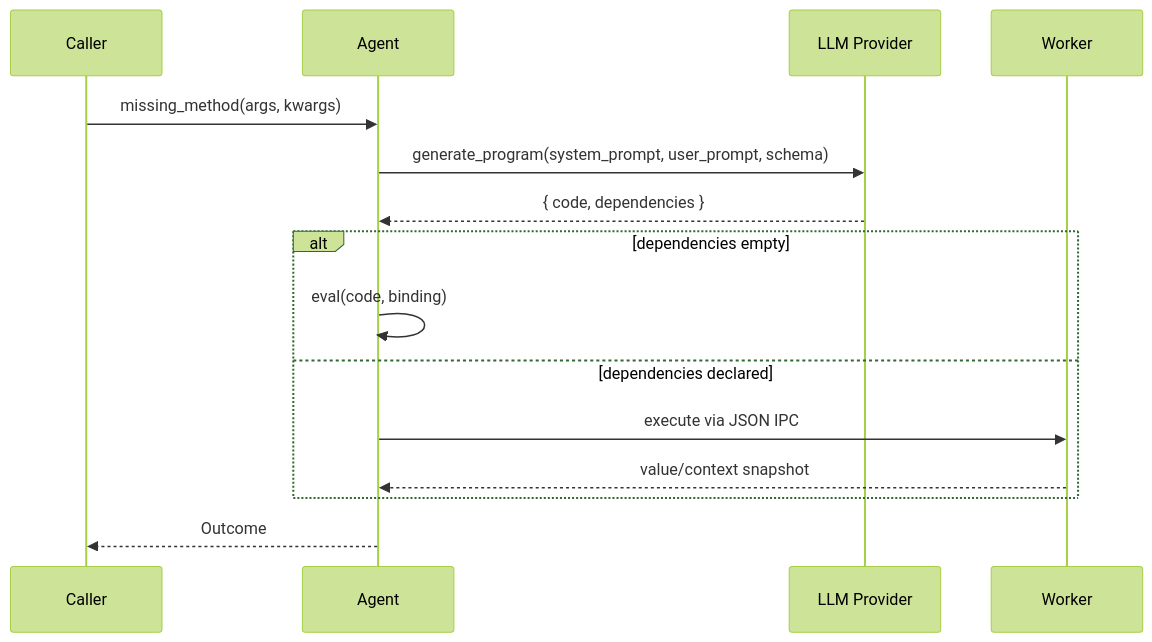
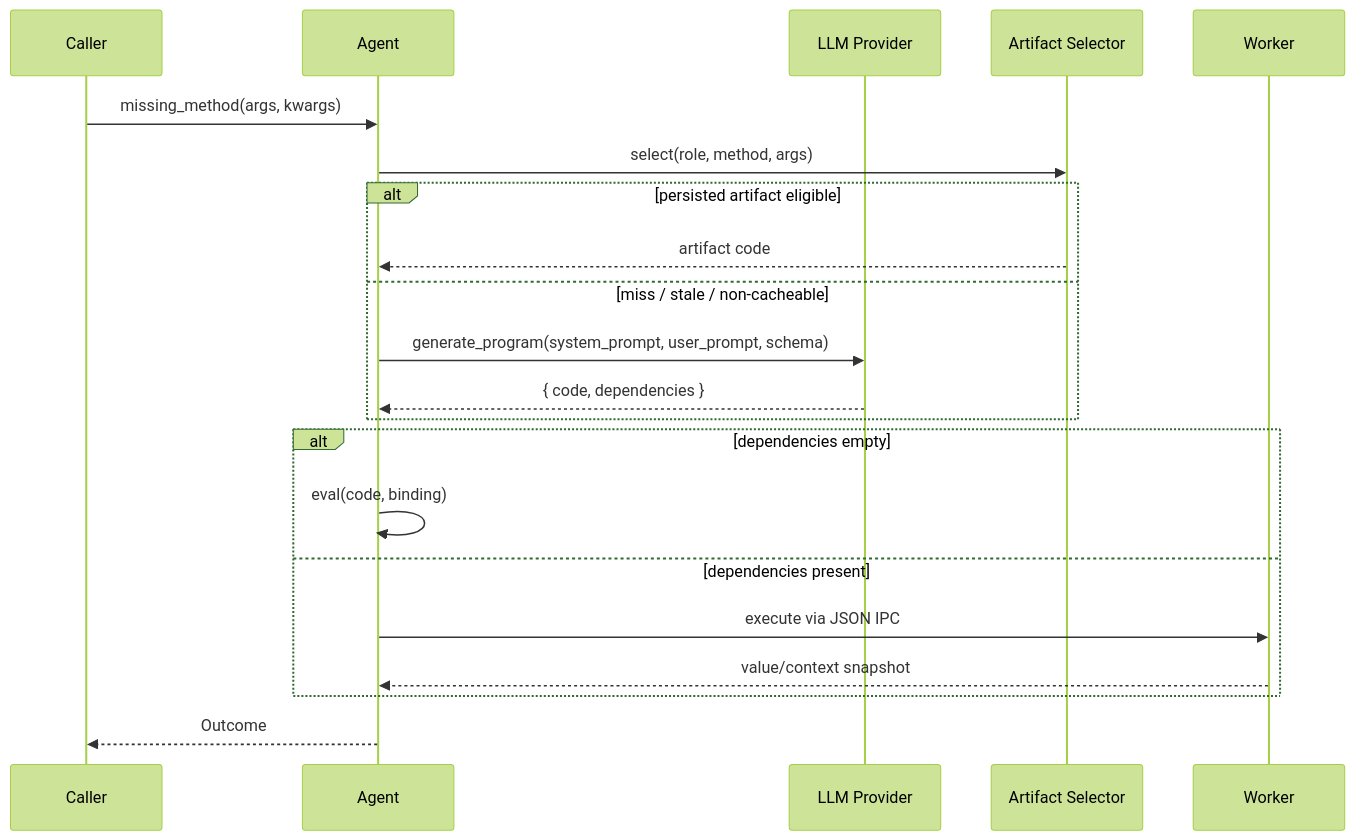
Before and after one commit to kulesh/recurgent: the diagram in docs/index.md, drawn with Mermaid (forest theme). The commit also changed other lines of this file and 3 other files, not shown here.

Commit message:
docs: add canonical runtime architecture diagrams

````diff
--- a/docs/index.md
+++ b/docs/index.md
@@ -62,18 +65,24 @@
 ```mermaid
 sequenceDiagram
   participant C as Caller
   participant A as Agent
   participant L as LLM Provider
+  participant S as Artifact Selector
   participant W as Worker
 
   C->>A: missing_method(args, kwargs)
-  A->>L: generate_program(system_prompt, user_prompt, schema)
-  L-->>A: { code, dependencies }
+  A->>S: select(role, method, args)
+  alt persisted artifact eligible
+    S-->>A: artifact code
+  else miss / stale / non-cacheable
+    A->>L: generate_program(system_prompt, user_prompt, schema)
+    L-->>A: { code, dependencies }
+  end
   alt dependencies empty
     A->>A: eval(code, binding)
-  else dependencies declared
+  else dependencies present
     A->>W: execute via JSON IPC
     W-->>A: value/context snapshot
   end
   A-->>C: Outcome
 ```
````
